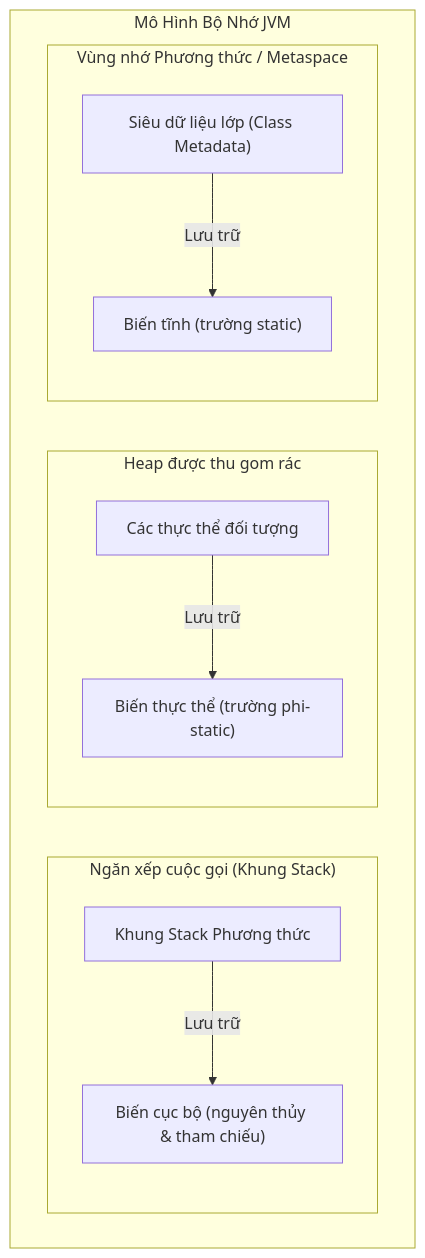
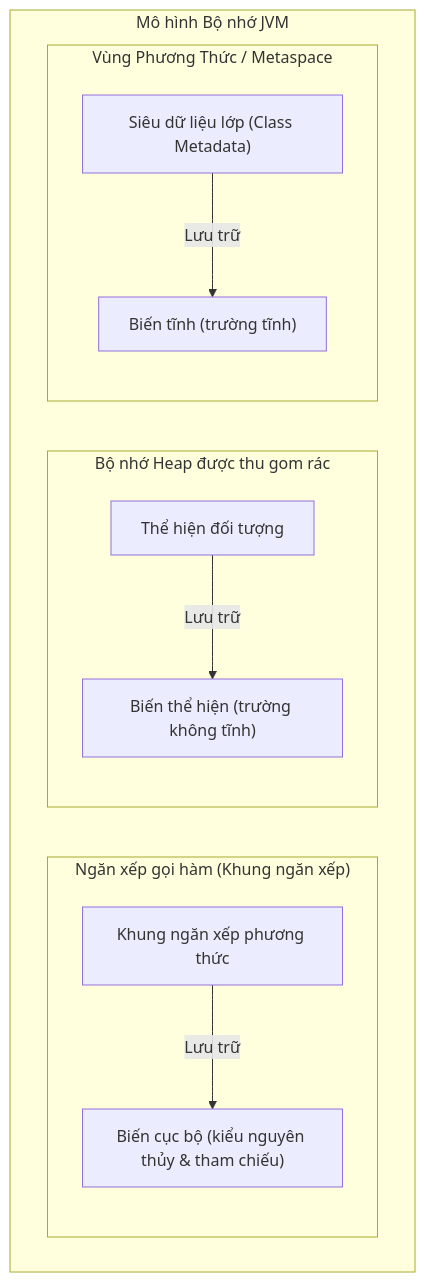
One commit to PhuThien2005/theoretical-of-java-core changed the second of 2 diagrams in vi/04-variables-constants/theory/01-variable-categories.md. Above: the diagram before and after it, drawn with Mermaid. The commit also changed other lines of this file and 229 other files, not shown here.

````diff
--- a/vi/04-variables-constants/theory/01-variable-categories.md
+++ b/vi/04-variables-constants/theory/01-variable-categories.md
@@ -125,14 +125,14 @@
 ```mermaid
 flowchart TD
-    subgraph JVM_Memory ["Mô Hình Bộ Nhớ JVM"]
-        subgraph Stack ["Ngăn xếp cuộc gọi (Khung Stack)"]
-            SF["Khung Stack Phương thức"] -->|Lưu trữ| LV["Biến cục bộ (nguyên thủy & tham chiếu)"]
+    subgraph JVM_Memory ["Mô hình Bộ nhớ JVM"]
+        subgraph Stack ["Ngăn xếp gọi hàm (Khung ngăn xếp)"]
+            SF["Khung ngăn xếp phương thức"] -->|Lưu trữ| LV["Biến cục bộ (kiểu nguyên thủy & tham chiếu)"]
         end
-        subgraph Heap ["Heap được thu gom rác"]
-            OBJ["Các thực thể đối tượng"] -->|Lưu trữ| IV["Biến thực thể (trường phi-static)"]
+        subgraph Heap ["Bộ nhớ Heap được thu gom rác"]
+            OBJ["Thể hiện đối tượng"] -->|Lưu trữ| IV["Biến thể hiện (trường không tĩnh)"]
         end
-        subgraph Metaspace ["Vùng nhớ Phương thức / Metaspace"]
-            CL["Siêu dữ liệu lớp (Class Metadata)"] -->|Lưu trữ| SV["Biến tĩnh (trường static)"]
+        subgraph Metaspace ["Vùng Phương Thức / Metaspace"]
+            CL["Siêu dữ liệu lớp (Class Metadata)"] -->|Lưu trữ| SV["Biến tĩnh (trường tĩnh)"]
         end
     end
 ```
````
